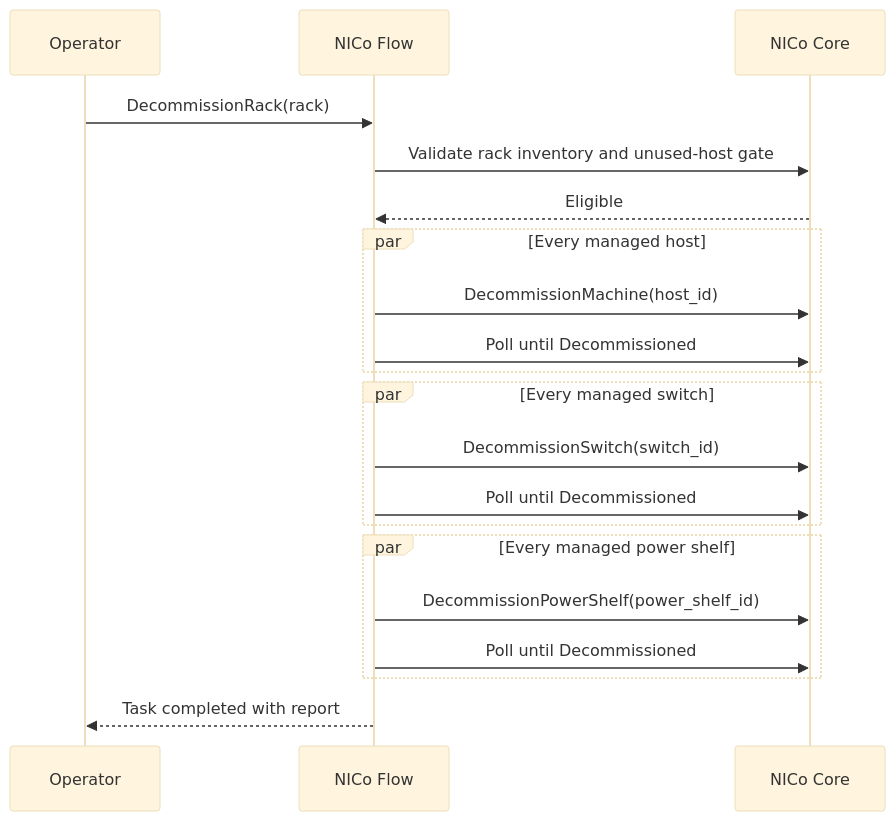
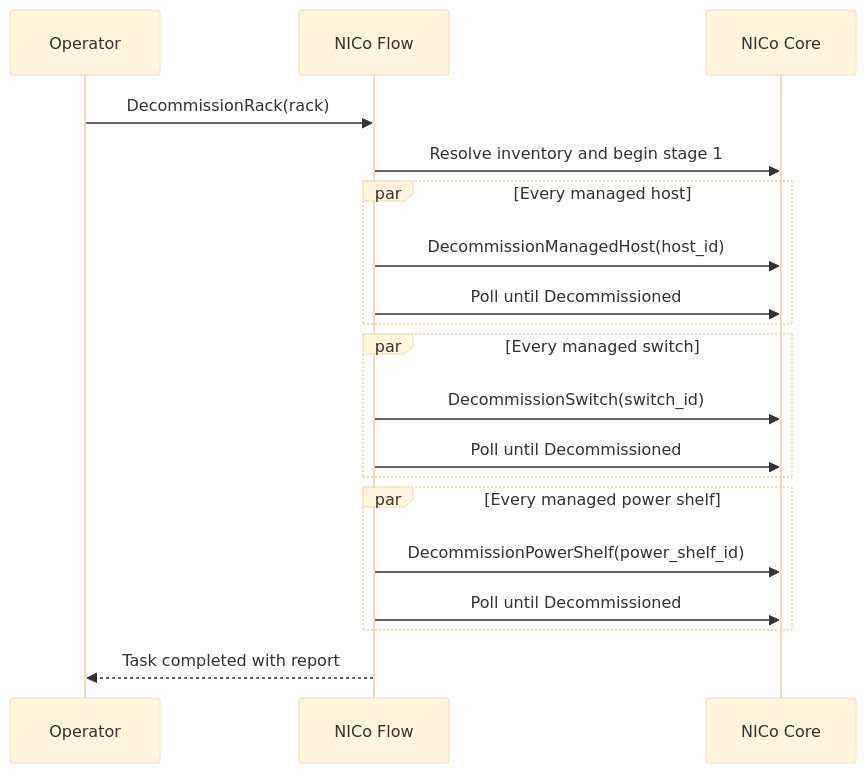
One commit to NVIDIA/bare-metal-manager-core changed the second of 2 diagrams in docs/design/decommissioning/rack-decommissioning.md. Above: the diagram before and after it, drawn with Mermaid (base theme). The commit also changed other lines of this file and 4 other files, not shown here.

````diff
--- a/docs/design/decommissioning/rack-decommissioning.md
+++ b/docs/design/decommissioning/rack-decommissioning.md
@@ -213,27 +195,26 @@
 ```mermaid
 sequenceDiagram
     participant O as Operator
     participant F as NICo Flow
     participant C as NICo Core
 
     O->>F: DecommissionRack(rack)
-    F->>C: Validate rack inventory and unused-host gate
-    C-->>F: Eligible
+    F->>C: Resolve inventory and begin stage 1
 
     par Every managed host
-        F->>C: DecommissionMachine(host_id)
+        F->>C: DecommissionManagedHost(host_id)
         F->>C: Poll until Decommissioned
     end
 
     par Every managed switch
         F->>C: DecommissionSwitch(switch_id)
         F->>C: Poll until Decommissioned
     end
 
     par Every managed power shelf
         F->>C: DecommissionPowerShelf(power_shelf_id)
         F->>C: Poll until Decommissioned
     end
 
     F-->>O: Task completed with report
 ```
````
